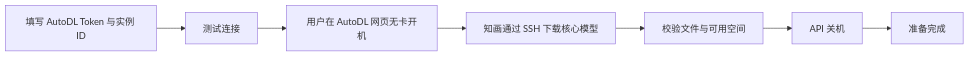
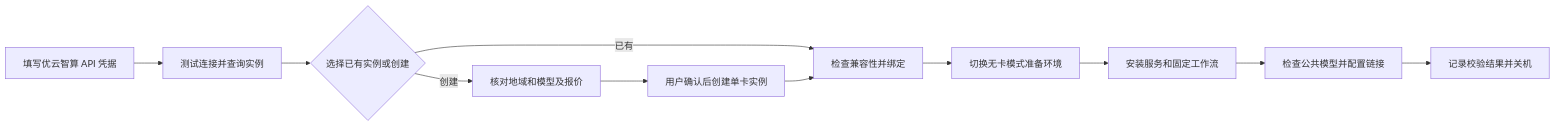
One commit to woniu101/zhihua changed the second of 5 diagrams in MVP.md. Above: the diagram before and after it, drawn with Mermaid. The commit also changed other lines of this file and 71 other files, not shown here.

````diff
--- a/MVP.md
+++ b/MVP.md
@@ -190,9 +210,13 @@
 ```mermaid
 flowchart LR
-    A[填写 AutoDL Token 与实例 ID] --> B[测试连接]
-    B --> C[用户在 AutoDL 网页无卡开机]
-    C --> D[知画通过 SSH 下载核心模型]
-    D --> E[校验文件与可用空间]
-    E --> F[API 关机]
-    F --> G[准备完成]
+    A[填写优云智算 API 凭据] --> B[测试连接并查询实例]
+    B --> C{选择已有实例或创建}
+    C -- 已有 --> D[检查兼容性并绑定]
+    C -- 创建 --> E[核对地域和模型及报价]
+    E --> F[用户确认后创建单卡实例]
+    F --> D
+    D --> G[切换无卡模式准备环境]
+    G --> H[安装服务和固定工作流]
+    H --> I[检查公共模型并配置链接]
+    I --> J[记录校验结果并关机]
 ```
````
